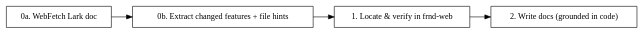
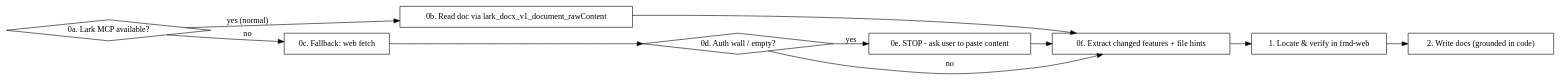
One commit to alva-intelligence/frndos-docs changed the first of 2 diagrams in .claude/skills/writing-help-docs-from-code/SKILL.md. Above: the diagram before and after it, drawn with Graphviz. The commit also changed other lines of this file, not shown here.

````diff
--- a/.claude/skills/writing-help-docs-from-code/SKILL.md
+++ b/.claude/skills/writing-help-docs-from-code/SKILL.md
@@ -29,13 +29,23 @@
 ```dot
 digraph lark {
   rankdir=LR;
-  "0a. WebFetch Lark doc" [shape=box];
-  "0b. Extract changed features + file hints" [shape=box];
+  "0a. Lark MCP available?" [shape=diamond];
+  "0b. Read doc via lark_docx_v1_document_rawContent" [shape=box];
+  "0c. Fallback: web fetch" [shape=box];
+  "0d. Auth wall / empty?" [shape=diamond];
+  "0e. STOP - ask user to paste content" [shape=box];
+  "0f. Extract changed features + file hints" [shape=box];
   "1. Locate & verify in frnd-web" [shape=box];
   "2. Write docs (grounded in code)" [shape=box];
 
-  "0a. WebFetch Lark doc" -> "0b. Extract changed features + file hints";
-  "0b. Extract changed features + file hints" -> "1. Locate & verify in frnd-web";
+  "0a. Lark MCP available?" -> "0b. Read doc via lark_docx_v1_document_rawContent" [label="yes (normal)"];
+  "0a. Lark MCP available?" -> "0c. Fallback: web fetch" [label="no"];
+  "0b. Read doc via lark_docx_v1_document_rawContent" -> "0f. Extract changed features + file hints";
+  "0c. Fallback: web fetch" -> "0d. Auth wall / empty?";
+  "0d. Auth wall / empty?" -> "0e. STOP - ask user to paste content" [label="yes"];
+  "0d. Auth wall / empty?" -> "0f. Extract changed features + file hints" [label="no"];
+  "0e. STOP - ask user to paste content" -> "0f. Extract changed features + file hints";
+  "0f. Extract changed features + file hints" -> "1. Locate & verify in frnd-web";
   "1. Locate & verify in frnd-web" -> "2. Write docs (grounded in code)";
 }
 ```
````
